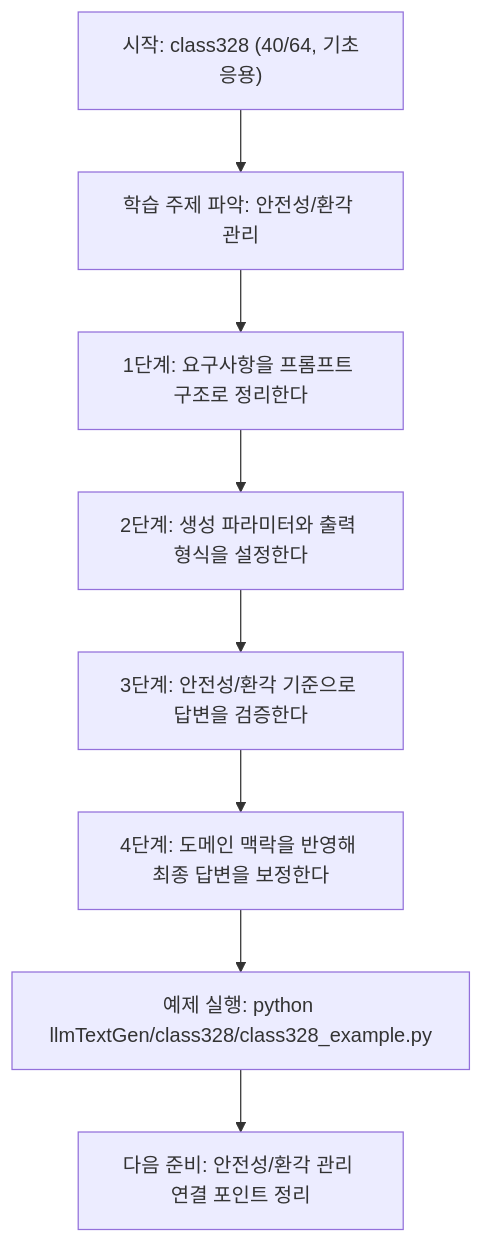
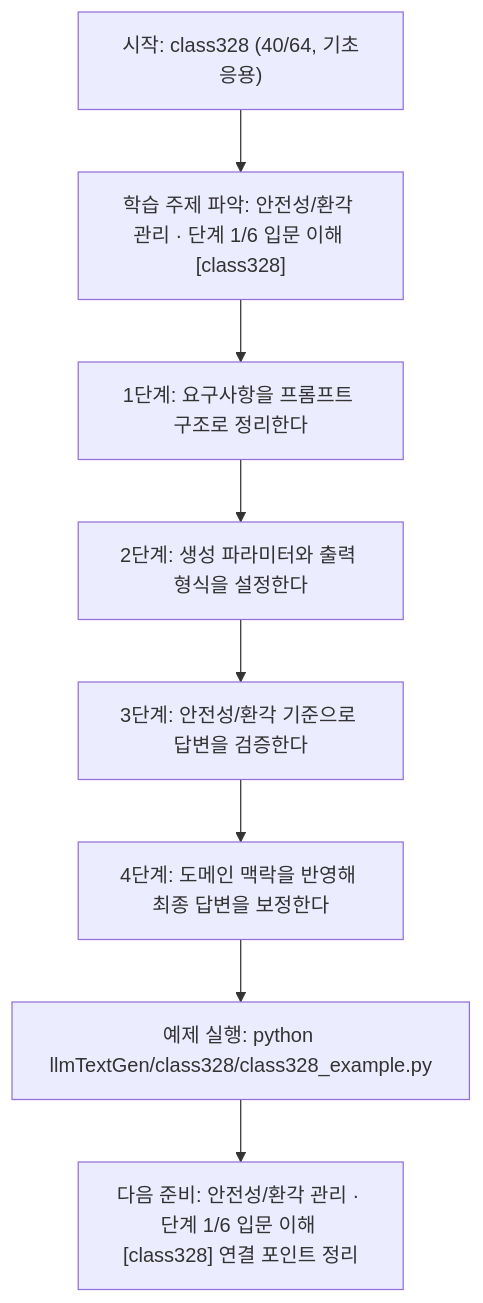
One commit to edumgt/Python-AI_Agent-Class changed the diagram in llmTextGen/class328/class328.md. Above: the diagram before and after it, drawn with Mermaid. The commit also changed other lines of this file and 522 other files, not shown here.

````diff
--- a/llmTextGen/class328/class328.md
+++ b/llmTextGen/class328/class328.md
@@ -113,18 +114,18 @@
 ```mermaid
 flowchart TD
 N1["시작: class328 (40/64, 기초응용)"]
-N2["학습 주제 파악: 안전성/환각 관리"]
+N2["학습 주제 파악: 안전성/환각 관리 · 단계 1/6 입문 이해 [class328]"]
 N3["1단계: 요구사항을 프롬프트 구조로 정리한다"]
 N4["2단계: 생성 파라미터와 출력 형식을 설정한다"]
 N5["3단계: 안전성/환각 기준으로 답변을 검증한다"]
 N6["4단계: 도메인 맥락을 반영해 최종 답변을 보정한다"]
 N7["예제 실행: python llmTextGen/class328/class328_example.py"]
-N8["다음 준비: 안전성/환각 관리 연결 포인트 정리"]
+N8["다음 준비: 안전성/환각 관리 · 단계 1/6 입문 이해 [class328] 연결 포인트 정리"]
 N1 --> N2
 N2 --> N3
 N3 --> N4
 N4 --> N5
 N5 --> N6
 N6 --> N7
 N7 --> N8
 ```
````
